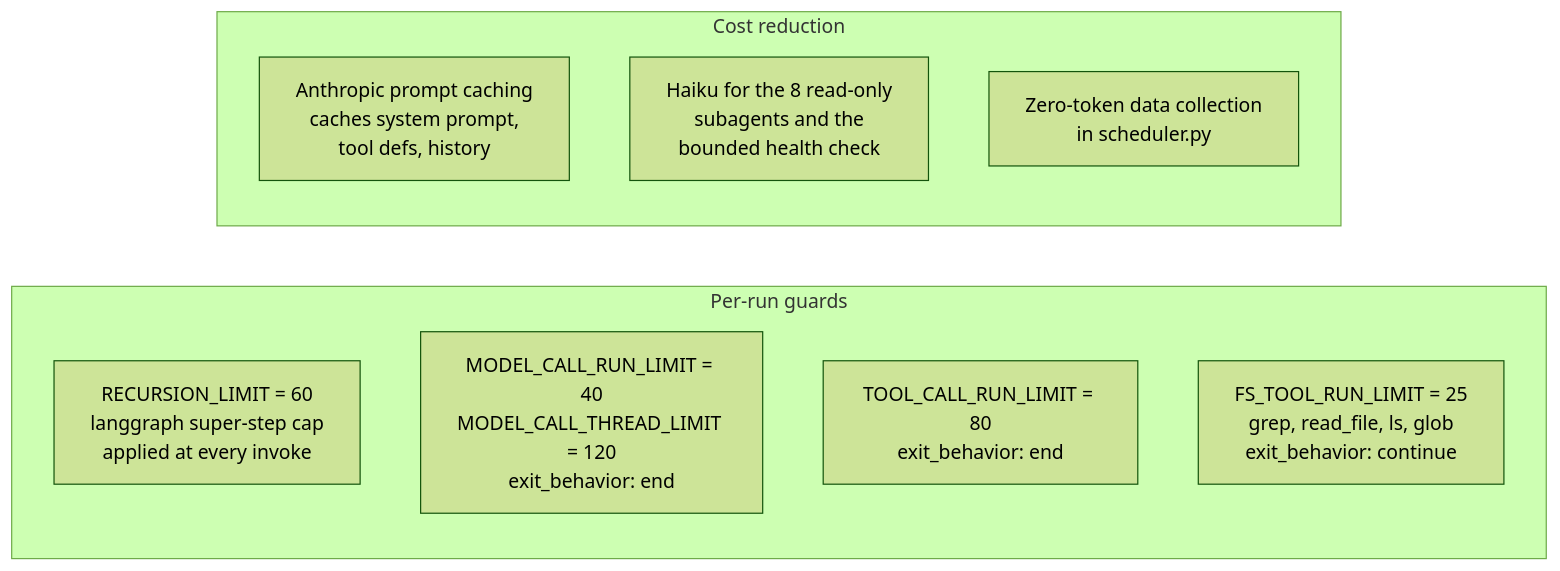
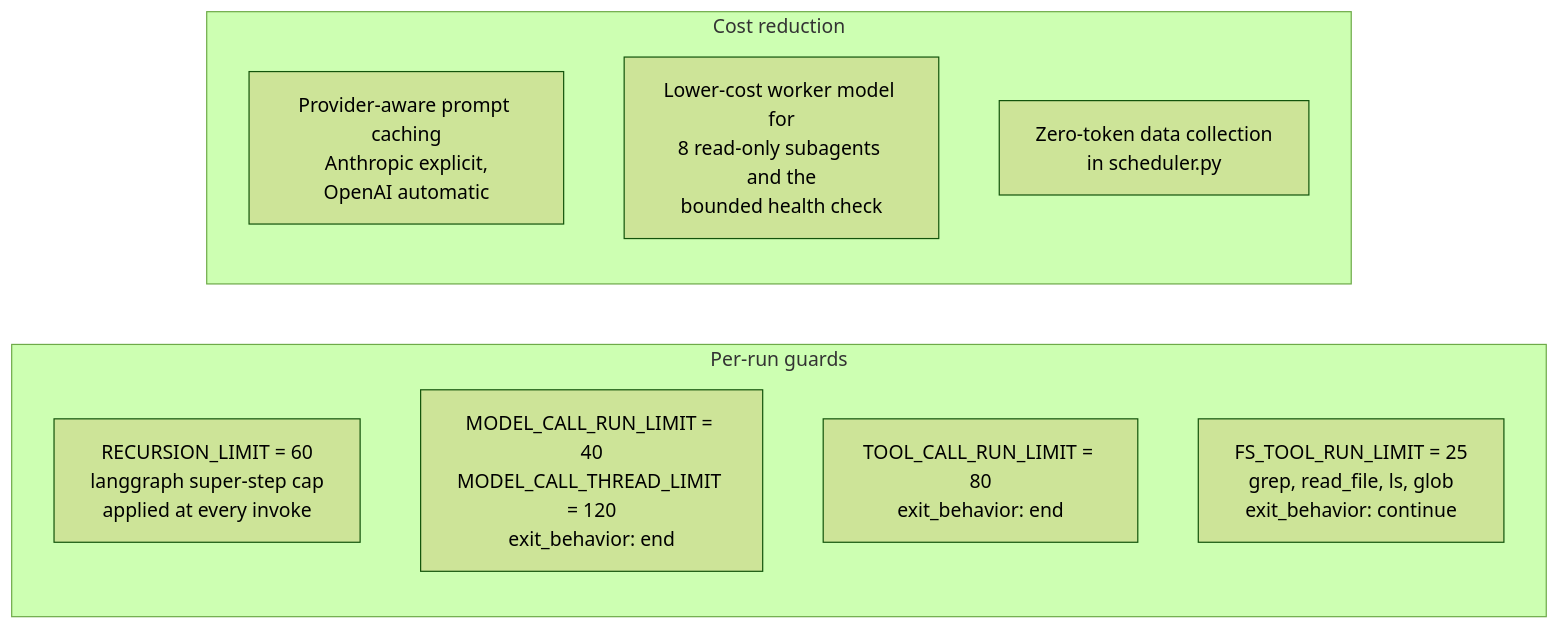
Before and after one commit to jonfairbanks/sre-agent: the fifth of 5 diagrams in docs/architecture.md, drawn with Mermaid (forest theme). The commit also changed other lines of this file and 47 other files, not shown here.

````diff
--- a/docs/architecture.md
+++ b/docs/architecture.md
@@ -258,15 +258,15 @@
 ```mermaid
 flowchart LR
     subgraph limits["Per-run guards"]
         R["RECURSION_LIMIT = 60<br/>langgraph super-step cap<br/>applied at every invoke"]
         M["MODEL_CALL_RUN_LIMIT = 40<br/>MODEL_CALL_THREAD_LIMIT = 120<br/>exit_behavior: end"]
         T["TOOL_CALL_RUN_LIMIT = 80<br/>exit_behavior: end"]
         F["FS_TOOL_RUN_LIMIT = 25<br/>grep, read_file, ls, glob<br/>exit_behavior: continue"]
     end
 
     subgraph cost["Cost reduction"]
-        PC["Anthropic prompt caching<br/>caches system prompt,<br/>tool defs, history"]
-        HK["Haiku for the 8 read-only<br/>subagents and the<br/>bounded health check"]
+        PC["Provider-aware prompt caching<br/>Anthropic explicit,<br/>OpenAI automatic"]
+        WK["Lower-cost worker model for<br/>8 read-only subagents and the<br/>bounded health check"]
         ZT["Zero-token data collection<br/>in scheduler.py"]
     end
 ```
````
